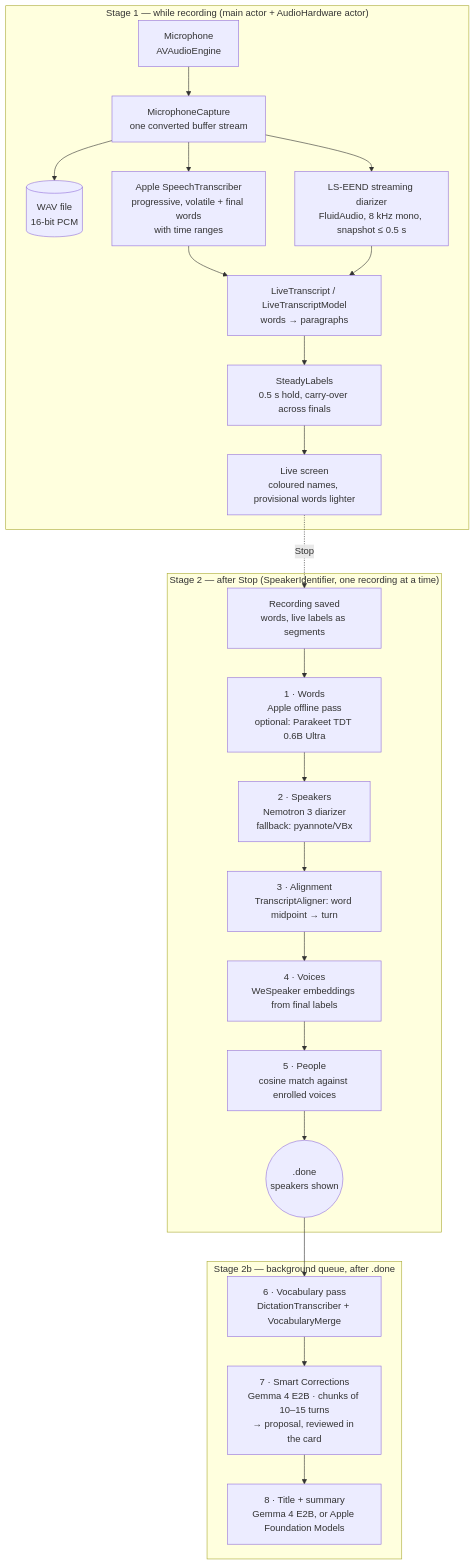
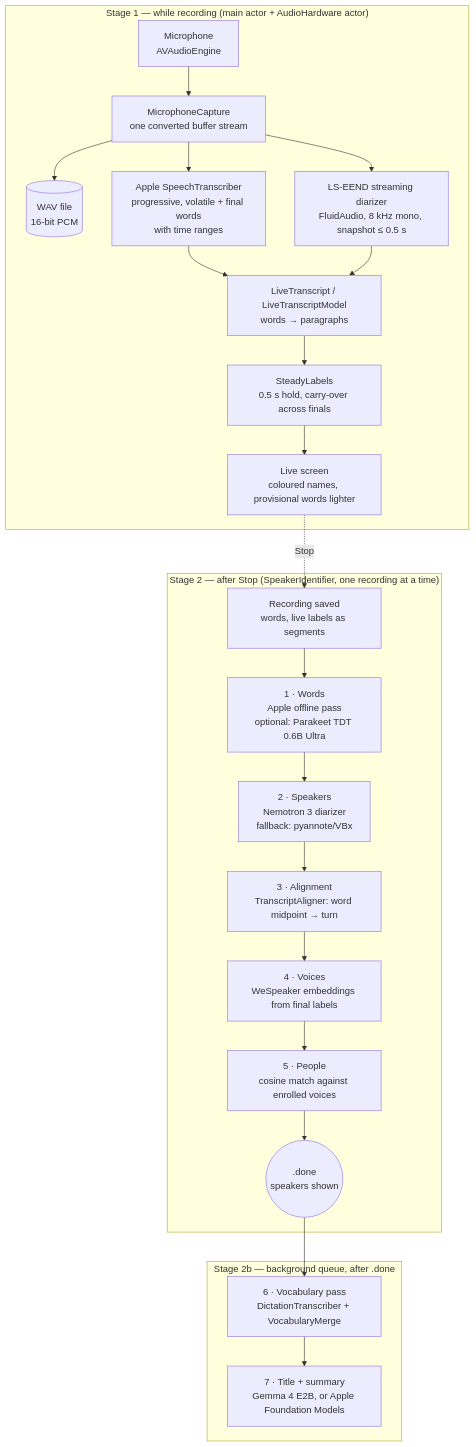
One commit to timtody/Feder changed the first of 4 diagrams in PIPELINE.md. Above: the diagram before and after it, drawn with Mermaid. The commit also changed other lines of this file and 17 other files, not shown here.

First line of the commit message:
Remove Smart Corrections

````diff
--- a/PIPELINE.md
+++ b/PIPELINE.md
@@ -9,30 +9,29 @@
 ```mermaid
 flowchart TB
     subgraph LIVE["Stage 1 — while recording (main actor + AudioHardware actor)"]
         MIC[Microphone<br/>AVAudioEngine] --> CAP[MicrophoneCapture<br/>one converted buffer stream]
         CAP --> WAV[(WAV file<br/>16-bit PCM)]
         CAP --> ASR[Apple SpeechTranscriber<br/>progressive, volatile + final words<br/>with time ranges]
         CAP --> LSE[LS-EEND streaming diarizer<br/>FluidAudio, 8 kHz mono, snapshot ≤ 0.5 s]
         ASR --> LT[LiveTranscript / LiveTranscriptModel<br/>words → paragraphs]
         LSE --> LT
         LT --> SL[SteadyLabels<br/>0.5 s hold, carry-over across finals]
         SL --> UI1[Live screen<br/>coloured names, provisional words lighter]
     end
 
     UI1 -. Stop .-> SAVE[Recording saved<br/>words, live labels as segments]
 
     subgraph POST["Stage 2 — after Stop (SpeakerIdentifier, one recording at a time)"]
         SAVE --> W[1 · Words<br/>Apple offline pass<br/>optional: Parakeet TDT 0.6B Ultra]
         W --> D[2 · Speakers<br/>Nemotron 3 diarizer<br/>fallback: pyannote/VBx]
         D --> AL[3 · Alignment<br/>TranscriptAligner: word midpoint → turn]
         AL --> V[4 · Voices<br/>WeSpeaker embeddings from final labels]
         V --> P[5 · People<br/>cosine match against enrolled voices]
         P --> DONE((.done<br/>speakers shown))
     end
 
     subgraph BG["Stage 2b — background queue, after .done"]
         DONE --> VOC[6 · Vocabulary pass<br/>DictationTranscriber + VocabularyMerge]
-        VOC --> COR[7 · Smart Corrections<br/>Gemma 4 E2B · chunks of 10–15 turns<br/>→ proposal, reviewed in the card]
-        COR --> SUM[8 · Title + summary<br/>Gemma 4 E2B, or Apple Foundation Models]
+        VOC --> SUM[7 · Title + summary<br/>Gemma 4 E2B, or Apple Foundation Models]
     end
 ```
````
